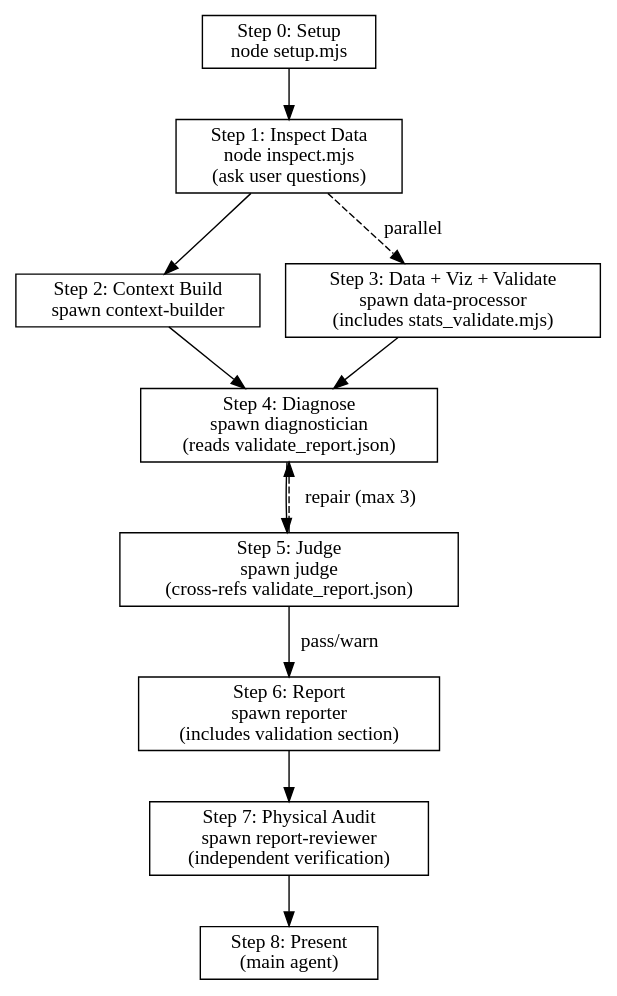
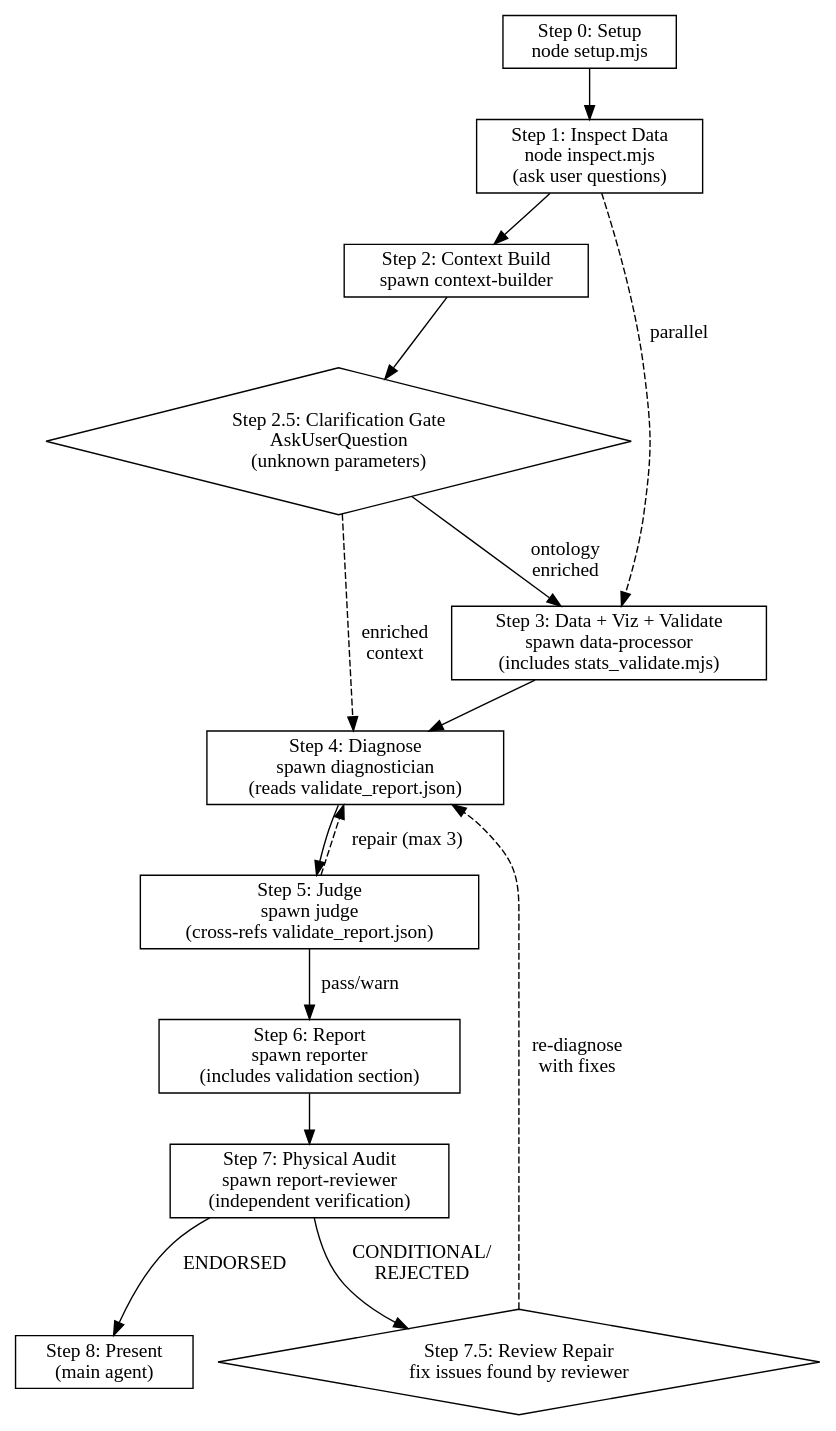
One commit to kingdol666/industrial-deep-diagnostic changed the diagram in .claude/skills/industrial-deep-diagnostic/pipeline-execution.md. Above: the diagram before and after it, drawn with Graphviz. The commit also changed other lines of this file and 8 other files, not shown here.

````diff
--- a/.claude/skills/industrial-deep-diagnostic/pipeline-execution.md
+++ b/.claude/skills/industrial-deep-diagnostic/pipeline-execution.md
@@ -8,27 +8,33 @@
 ```dot
 digraph diagnostic_flow {
   rankdir=TB;
   node [shape=box];
 
   setup [label="Step 0: Setup\nnode setup.mjs"];
   inspect [label="Step 1: Inspect Data\nnode inspect.mjs\n(ask user questions)"];
   context [label="Step 2: Context Build\nspawn context-builder"];
+  clarify [label="Step 2.5: Clarification Gate\nAskUserQuestion\n(unknown parameters)" shape=diamond];
   dataproc [label="Step 3: Data + Viz + Validate\nspawn data-processor\n(includes stats_validate.mjs)"];
   diag [label="Step 4: Diagnose\nspawn diagnostician\n(reads validate_report.json)"];
   judge [label="Step 5: Judge\nspawn judge\n(cross-refs validate_report.json)"];
   report [label="Step 6: Report\nspawn reporter\n(includes validation section)"];
   review [label="Step 7: Physical Audit\nspawn report-reviewer\n(independent verification)"];
+  repair [label="Step 7.5: Review Repair\nfix issues found by reviewer" shape=diamond];
   present [label="Step 8: Present\n(main agent)"];
 
   setup -> inspect;
   inspect -> context;
   inspect -> dataproc [style=dashed label="parallel"];
-  context -> diag;
+  context -> clarify;
+  clarify -> dataproc [label="ontology\nenriched"];
+  clarify -> diag [style=dashed label="enriched\ncontext"];
   dataproc -> diag;
   diag -> judge;
   judge -> diag [label="repair (max 3)" style=dashed];
   judge -> report [label="pass/warn"];
   report -> review;
-  review -> present;
+  review -> repair [label="CONDITIONAL/\nREJECTED"];
+  repair -> diag [label="re-diagnose\nwith fixes" style=dashed];
+  review -> present [label="ENDORSED"];
 }
 ```
````
